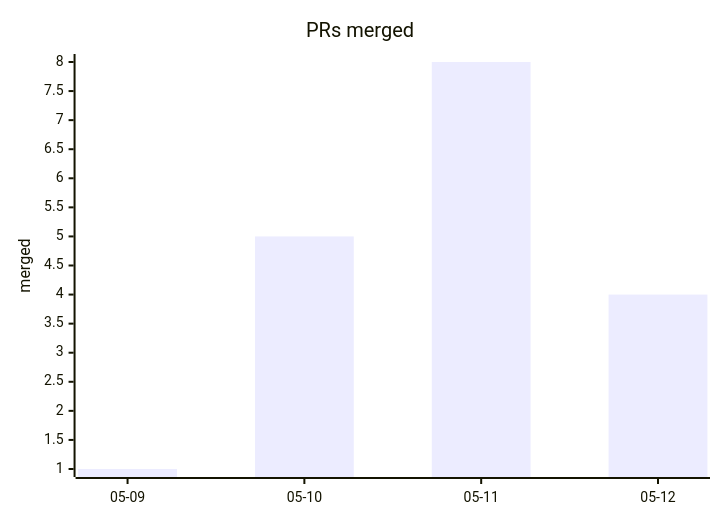
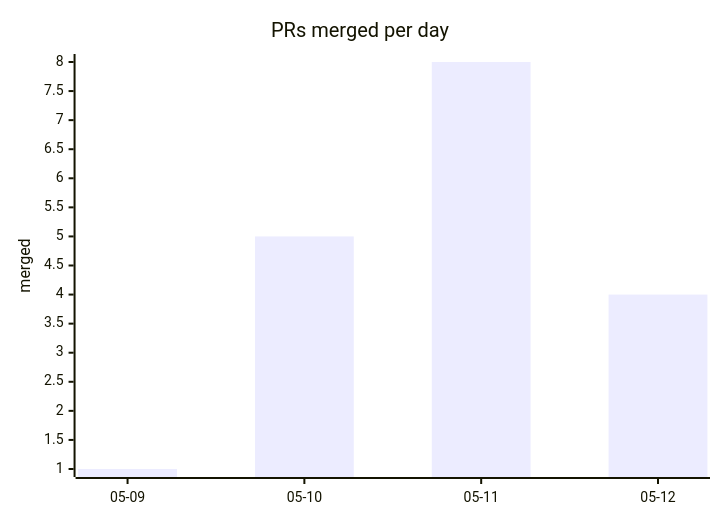
Before and after one commit to kimjune01/kimjune01: the second of 2 diagrams in README.md, drawn with Mermaid. The commit also changed other lines of this file, not shown here.

````diff
--- a/README.md
+++ b/README.md
@@ -15,7 +15,7 @@
 ```mermaid
 xychart-beta
-    title "PRs merged"
+    title "PRs merged per day"
     x-axis ["05-09", "05-10", "05-11", "05-12"]
     y-axis "merged"
     bar [1, 5, 8, 4]
 ```
````
